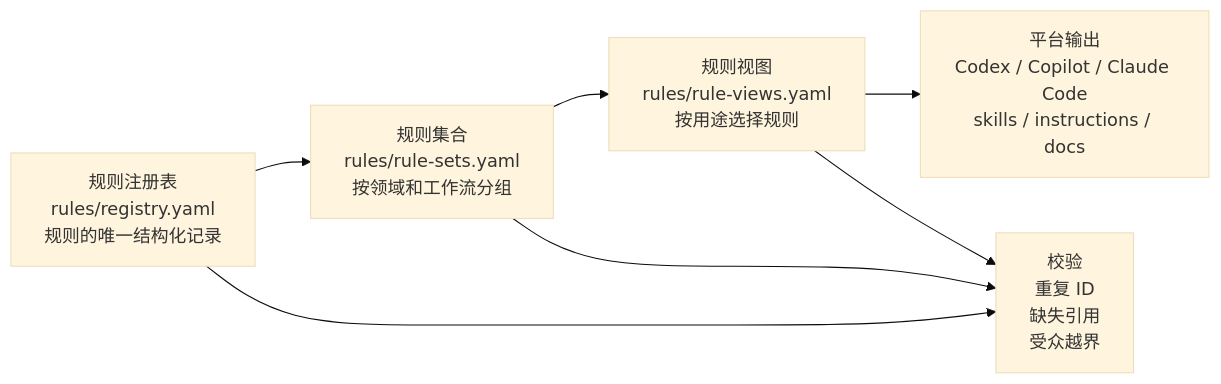
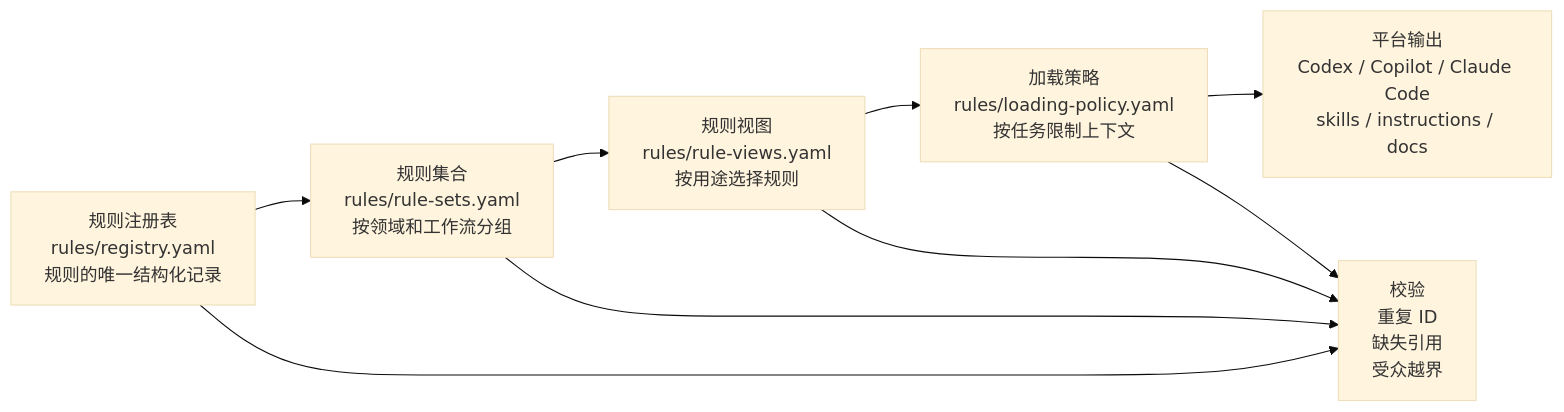
The first of 6 diagrams in tools/MaintainerAIWorkspace/AI_RULE_VISUAL_REVIEW.md (LukasChen/EFrameWork), drawn with Mermaid (base theme) before and after one commit. The commit also changed other lines of this file and 4 other files, not shown here.

Commit message:
Add AI rule loading policy draft

````diff
--- a/tools/MaintainerAIWorkspace/AI_RULE_VISUAL_REVIEW.md
+++ b/tools/MaintainerAIWorkspace/AI_RULE_VISUAL_REVIEW.md
@@ -7,15 +7,18 @@
 ```mermaid
 flowchart LR
     Registry["规则注册表<br/>rules/registry.yaml<br/>规则的唯一结构化记录"]
     Sets["规则集合<br/>rules/rule-sets.yaml<br/>按领域和工作流分组"]
     Views["规则视图<br/>rules/rule-views.yaml<br/>按用途选择规则"]
+    Loading["加载策略<br/>rules/loading-policy.yaml<br/>按任务限制上下文"]
     Outputs["平台输出<br/>Codex / Copilot / Claude Code<br/>skills / instructions / docs"]
     Checks["校验<br/>重复 ID<br/>缺失引用<br/>受众越界"]
 
     Registry --> Sets
     Sets --> Views
-    Views --> Outputs
+    Views --> Loading
+    Loading --> Outputs
     Registry --> Checks
     Sets --> Checks
     Views --> Checks
+    Loading --> Checks
 ```
````
